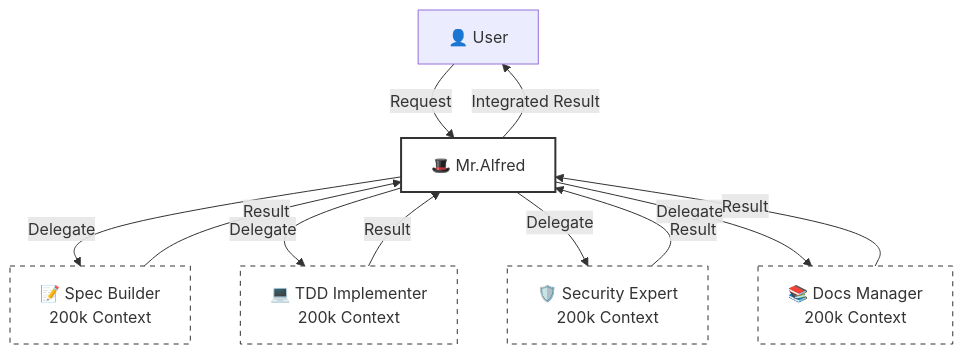
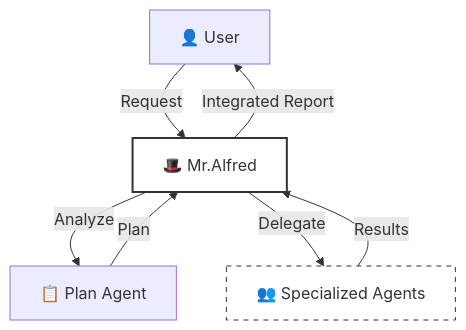
The first of 5 diagrams in README.md (modu-ai/moai-adk), drawn with Mermaid before and after one commit. The commit also changed other lines of this file and 535 other files, not shown here.

First line of the commit message:
refactor(skills): Major architecture redesign - 39 → 22 modular skills

````diff
--- a/README.md
+++ b/README.md
@@ -278,21 +315,12 @@
 ```mermaid
 flowchart TD
     User[👤 User] -->|Request| Alfred[🎩 Mr.Alfred]
-    Alfred -->|Delegate| Agent1[📝 Spec Builder<br/>200k Context]
-    Alfred -->|Delegate| Agent2[💻 TDD Implementer<br/>200k Context]
-    Alfred -->|Delegate| Agent3[🛡️ Security Expert<br/>200k Context]
-    Alfred -->|Delegate| Agent4[📚 Docs Manager<br/>200k Context]
-
-    Agent1 -->|Result| Alfred
-    Agent2 -->|Result| Alfred
-    Agent3 -->|Result| Alfred
-    Agent4 -->|Result| Alfred
-
-    Alfred -->|Integrated Result| User
+    Alfred -->|Analyze| Plan[📋 Plan Agent]
+    Plan -->|Plan| Alfred
+    Alfred -->|Delegate| Agents[👥 Specialized Agents]
+    Agents -->|Results| Alfred
+    Alfred -->|Integrated Report| User
 
     style Alfred fill:#fff,stroke:#333,stroke-width:2px
-    style Agent1 fill:#fff,stroke:#333,stroke-width:1px,stroke-dasharray: 5 5
-    style Agent2 fill:#fff,stroke:#333,stroke-width:1px,stroke-dasharray: 5 5
-    style Agent3 fill:#fff,stroke:#333,stroke-width:1px,stroke-dasharray: 5 5
-    style Agent4 fill:#fff,stroke:#333,stroke-width:1px,stroke-dasharray: 5 5
+    style Agents fill:#fff,stroke:#333,stroke-width:1px,stroke-dasharray: 5 5
 ```
````
